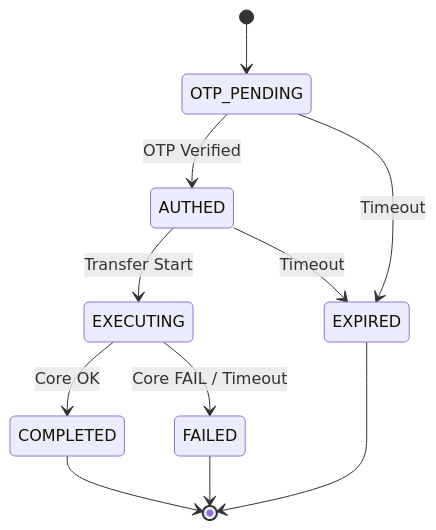
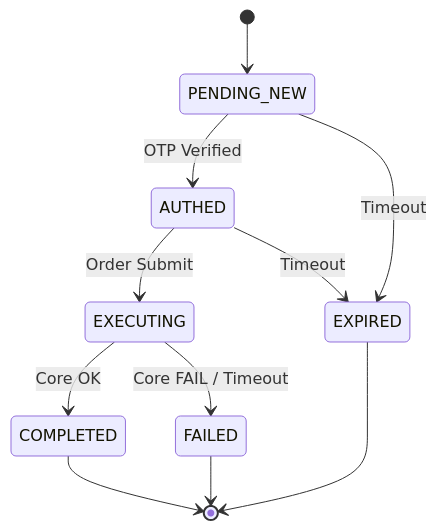
The third of 5 diagrams in _bmad-output/planning-artifacts/channels/status_machine.md (DoYouLikeFIx/FIXYZ), drawn with Mermaid before and after one commit. The commit also changed other lines of this file and 17 other files, not shown here.

Commit message:
Docs: refactor Introduce FEP Gateway architecture and simulator enhancements

````diff
--- a/_bmad-output/planning-artifacts/channels/status_machine.md
+++ b/_bmad-output/planning-artifacts/channels/status_machine.md
@@ -112,17 +112,17 @@
 ```mermaid
 stateDiagram-v2
-    [*] --> OTP_PENDING
+    [*] --> PENDING_NEW
     
-    OTP_PENDING --> AUTHED: OTP Verified
-    OTP_PENDING --> EXPIRED: Timeout
+    PENDING_NEW --> AUTHED: OTP Verified
+    PENDING_NEW --> EXPIRED: Timeout
     
-    AUTHED --> EXECUTING: Transfer Start
+    AUTHED --> EXECUTING: Order Submit
     AUTHED --> EXPIRED: Timeout
     
     EXECUTING --> COMPLETED: Core OK
     EXECUTING --> FAILED: Core FAIL / Timeout
     
     COMPLETED --> [*]
     FAILED --> [*]
     EXPIRED --> [*]
 ```
````
